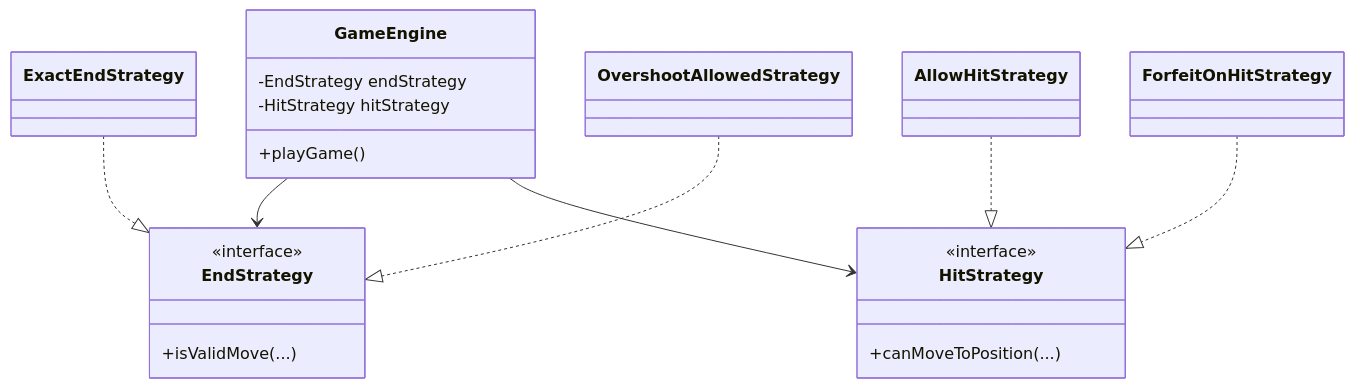
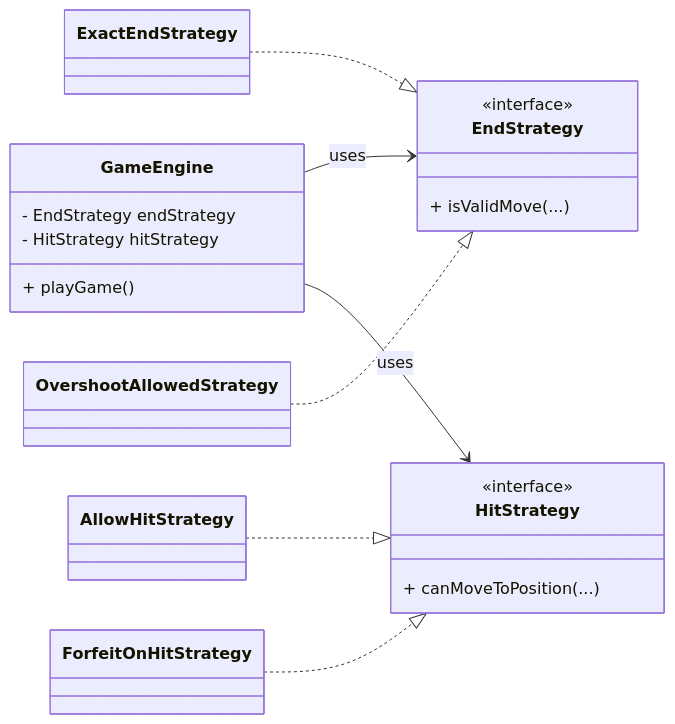
The third of 8 diagrams in README.md (daniel140280/Daniel_Hall_23748364), drawn with Mermaid before and after one commit. The commit also changed other lines of this file, not shown here.

````diff
--- a/README.md
+++ b/README.md
@@ -162,31 +162,41 @@
 ```mermaid
 classDiagram
+    direction LR
+
     class GameEngine {
-        -EndStrategy endStrategy
-        -HitStrategy hitStrategy
-        +playGame()
+        - EndStrategy endStrategy
+        - HitStrategy hitStrategy
+        + playGame()
     }
 
+    %% Interfaces
     class EndStrategy {
         <<interface>>
-        +isValidMove(...)
+        + isValidMove(...)
     }
 
     class HitStrategy {
         <<interface>>
-        +canMoveToPosition(...)
+        + canMoveToPosition(...)
     }
 
+    %% End Strategies
     class ExactEndStrategy
     class OvershootAllowedStrategy
+
+    %% Hit Strategies
     class AllowHitStrategy
     class ForfeitOnHitStrategy
 
-    GameEngine --> EndStrategy
-    GameEngine --> HitStrategy
+    %% Engine depends on abstractions
+    GameEngine --> EndStrategy : uses
+    GameEngine --> HitStrategy : uses
 
+    %% Implementations
     ExactEndStrategy ..|> EndStrategy
     OvershootAllowedStrategy ..|> EndStrategy
+
     AllowHitStrategy ..|> HitStrategy
     ForfeitOnHitStrategy ..|> HitStrategy
+
 ```
````
